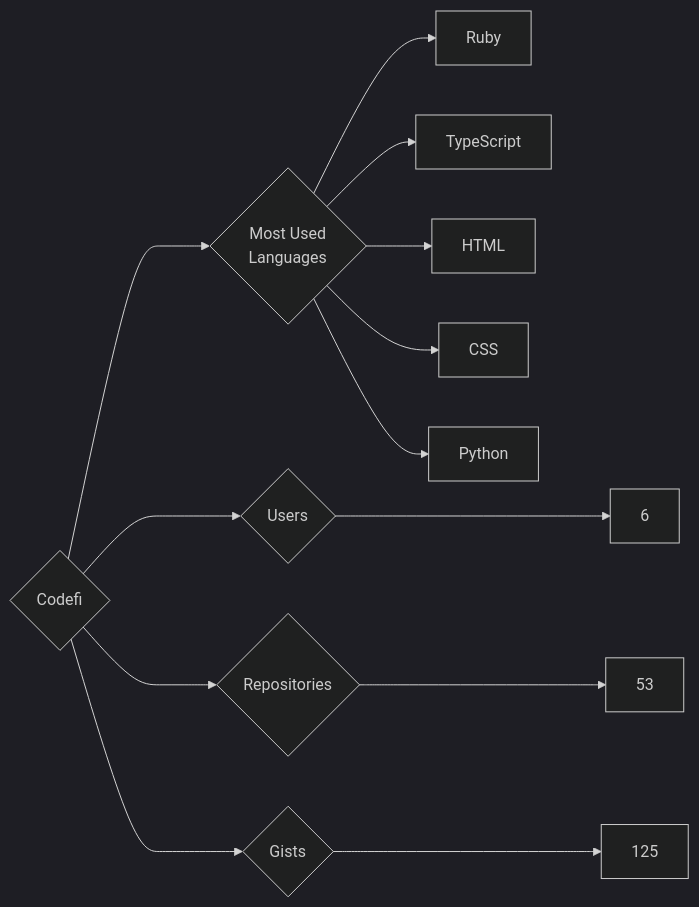
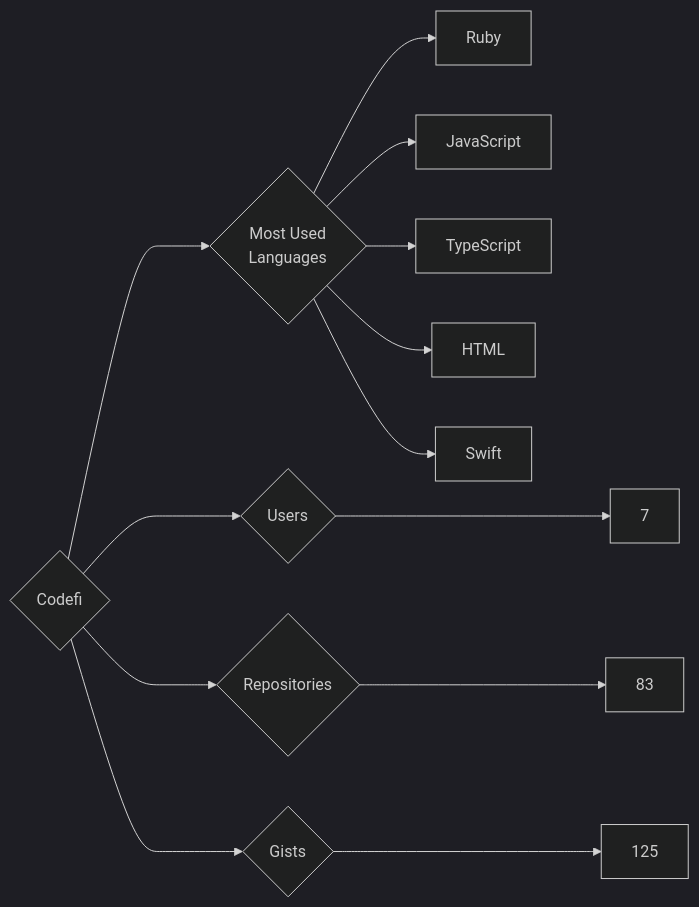
One commit to trickest/insiders changed the diagram in targets/Codefi/README.md. Above: the diagram before and after it, drawn with Mermaid (dark theme). The commit also changed 633 other files, not shown here.

````diff
--- a/targets/Codefi/README.md
+++ b/targets/Codefi/README.md
@@ -3,13 +3,13 @@
 ```mermaid
 graph LR
 COMPANY_NAME{Codefi}
-COMPANY_NAME ---> U{Users} ---> UN[6]
-COMPANY_NAME ---> R{Repositories} ---> RN[53]
+COMPANY_NAME ---> U{Users} ---> UN[7]
+COMPANY_NAME ---> R{Repositories} ---> RN[83]
 COMPANY_NAME ---> G{Gists} ---> GN[125]
 COMPANY_NAME ---> ML{Most Used<br>Languages}
 ML --> Ruby[Ruby]
+ML --> JavaScript[JavaScript]
 ML --> TypeScript[TypeScript]
 ML --> HTML[HTML]
-ML --> CSS[CSS]
-ML --> Python[Python]
+ML --> Swift[Swift]
 ```
````
